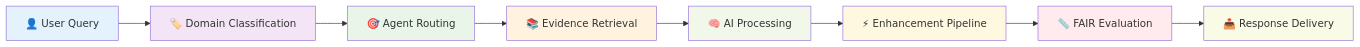
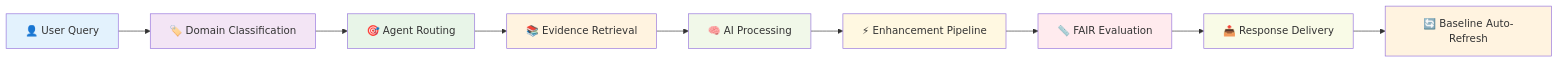
The first of 10 diagrams in FAIR-Agent_Complete_Guide_EndToEnd.md (somesh-ghaturle/Fair-Agent), drawn with Mermaid before and after one commit. The commit also changed other lines of this file and 17 other files, not shown here.

````diff
--- a/FAIR-Agent_Complete_Guide_EndToEnd.md
+++ b/FAIR-Agent_Complete_Guide_EndToEnd.md
@@ -63,19 +92,21 @@
 ```mermaid
 flowchart LR
     A[👤 User Query] --> B[🏷️ Domain Classification]
     B --> C[🎯 Agent Routing]
     C --> D[📚 Evidence Retrieval]
     D --> E[🧠 AI Processing]
     E --> F[⚡ Enhancement Pipeline]
     F --> G[📏 FAIR Evaluation]
     G --> H[📤 Response Delivery]
+    H --> I[🔄 Baseline Auto-Refresh]
     
     style A fill:#e3f2fd
     style B fill:#f3e5f5
     style C fill:#e8f5e8
+    style I fill:#fff3e0
     style D fill:#fff3e0
     style E fill:#f1f8e9
     style F fill:#fff8e1
     style G fill:#ffebee
     style H fill:#f9fbe7
 ```
````
